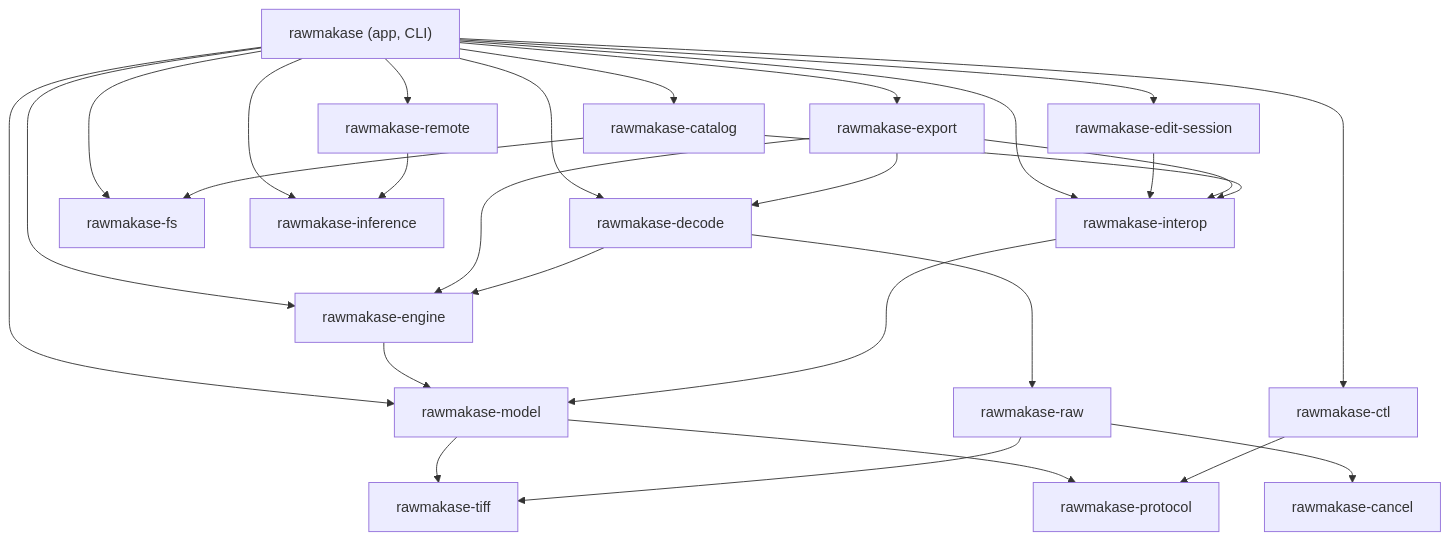
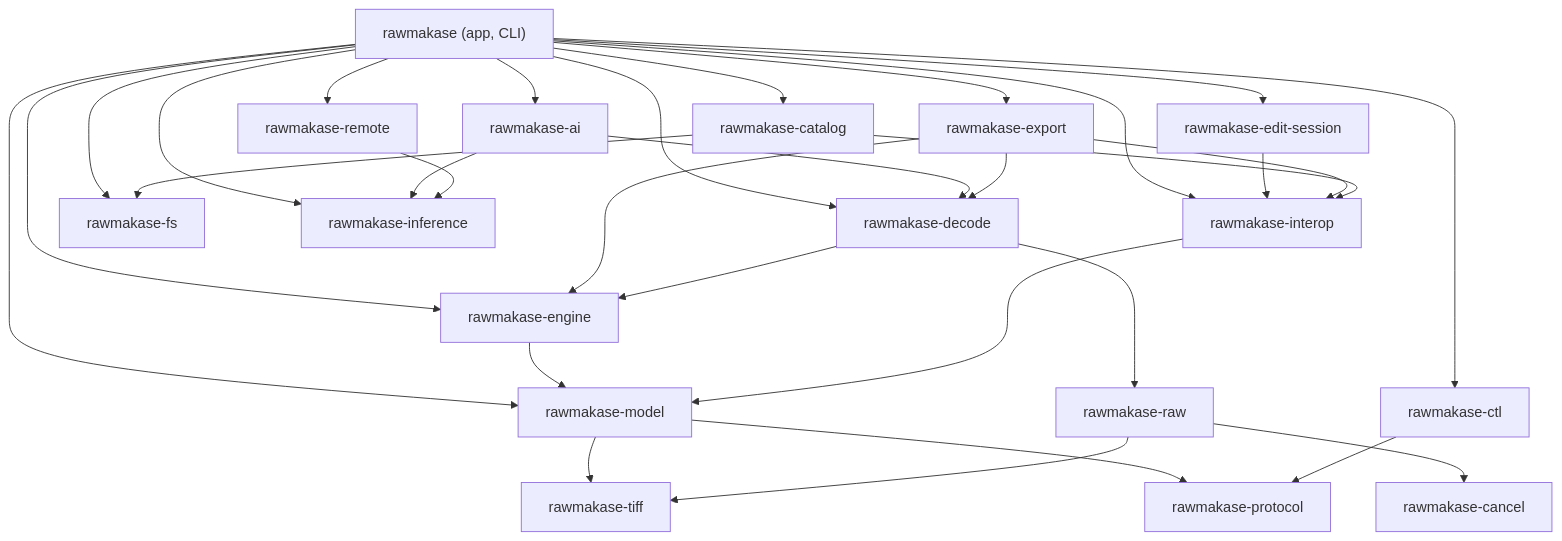
Before and after one commit to ljbergmann/rawmakase: the diagram in docs/architecture.md, drawn with Mermaid. The commit also changed other lines of this file and 16 other files, not shown here.

````diff
--- a/docs/architecture.md
+++ b/docs/architecture.md
@@ -15,32 +15,34 @@
 ```mermaid
 flowchart TD
     app["rawmakase (app, CLI)"]
     export[rawmakase-export]
     decode[rawmakase-decode]
     catalog[rawmakase-catalog]
     engine[rawmakase-engine]
     interop[rawmakase-interop]
     model[rawmakase-model]
     raw[rawmakase-raw]
     tiff[rawmakase-tiff]
     cancel[rawmakase-cancel]
     fs[rawmakase-fs]
     protocol[rawmakase-protocol]
     ctl[rawmakase-ctl]
     remote[rawmakase-remote]
     inference[rawmakase-inference]
     session[rawmakase-edit-session]
+    ai[rawmakase-ai]
 
     app --> export & decode & catalog & engine & interop & model
-    app --> ctl & remote & inference & fs & session
+    app --> ctl & remote & inference & fs & session & ai
     session --> interop
+    ai --> decode & inference
     export --> decode & engine & interop
     decode --> engine & raw
     catalog --> interop & fs
     engine --> model
     interop --> model
     model --> tiff & protocol
     raw --> tiff & cancel
     ctl --> protocol
     remote --> inference
 ```
````
